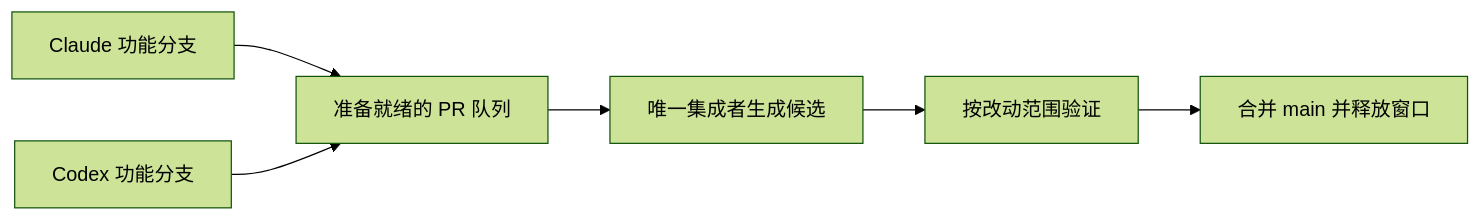
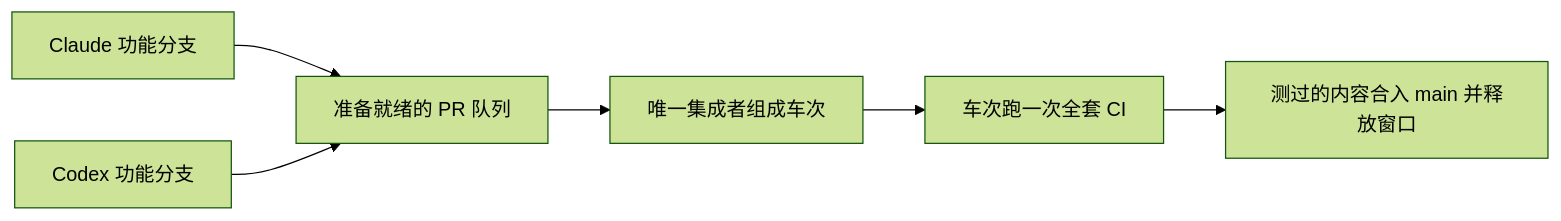
Before and after one commit to brianabc121/WorkspaceCore: the first of 2 diagrams in README.md, drawn with Mermaid (forest theme). The commit also changed other lines of this file and 7 other files, not shown here.

````diff
--- a/README.md
+++ b/README.md
@@ -41,8 +42,8 @@
 ```mermaid
 flowchart LR
     C[Claude 功能分支] --> Q[准备就绪的 PR 队列]
     X[Codex 功能分支] --> Q
-    Q --> I[唯一集成者生成候选]
-    I --> V[按改动范围验证]
-    V --> M[合并 main 并释放窗口]
+    Q --> I[唯一集成者组成车次]
+    I --> V[车次跑一次全套 CI]
+    V --> M[测过的内容合入 main 并释放窗口]
 ```
````
